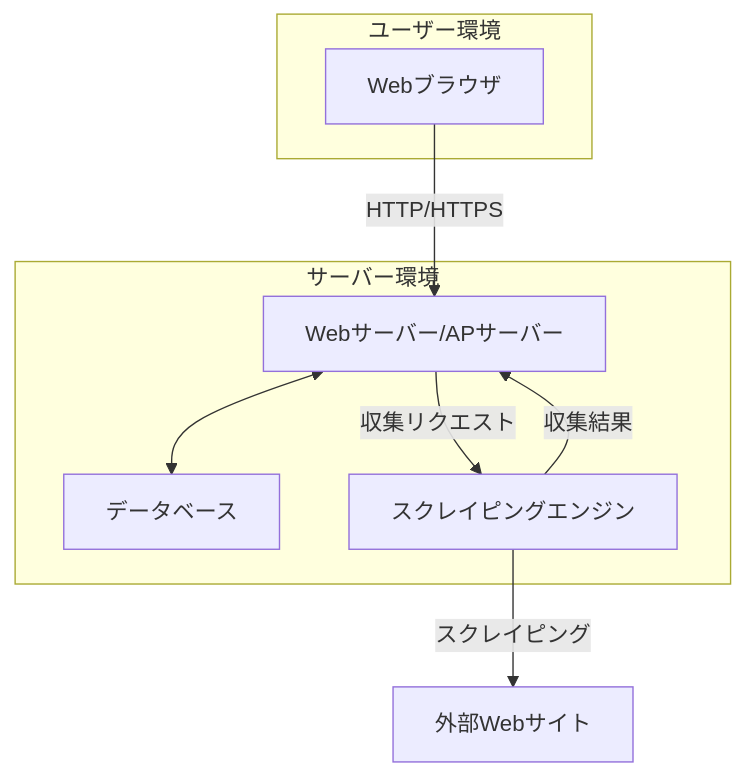
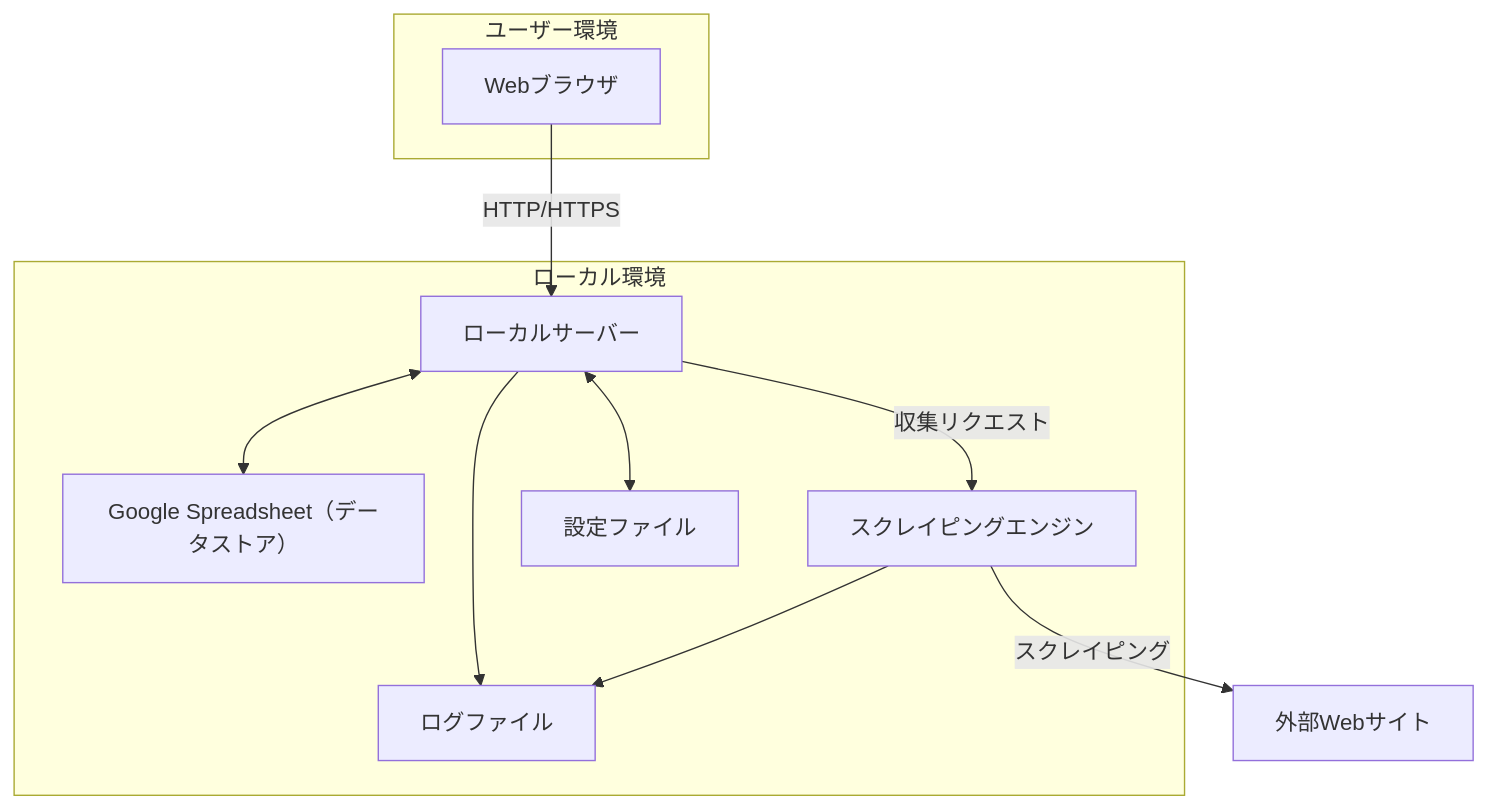
One commit to yuma2004/eigyo-list-dev changed the first of 2 diagrams in 基本設計書.md. Above: the diagram before and after it, drawn with Mermaid. The commit also changed other lines of this file and 74 other files, not shown here.

````diff
--- a/基本設計書.md
+++ b/基本設計書.md
@@ -11,18 +11,22 @@
 ```mermaid
 graph TD
     subgraph ユーザー環境
         A[Webブラウザ]
     end
 
-    subgraph サーバー環境
-        B[Webサーバー/APサーバー]
-        C[データベース]
+    subgraph ローカル環境
+        B[ローカルサーバー]
+        C[Google Spreadsheet（データストア）]
         D[スクレイピングエンジン]
+        E[設定ファイル]
+        F[ログファイル]
     end
 
     A -- HTTP/HTTPS --> B
     B <--> C
     B -- 収集リクエスト --> D
-    D -- 収集結果 --> B
-    D -- スクレイピング --> E[外部Webサイト]
+    B <--> E
+    B --> F
+    D -- スクレイピング --> G[外部Webサイト]
+    D --> F
 ```
````
